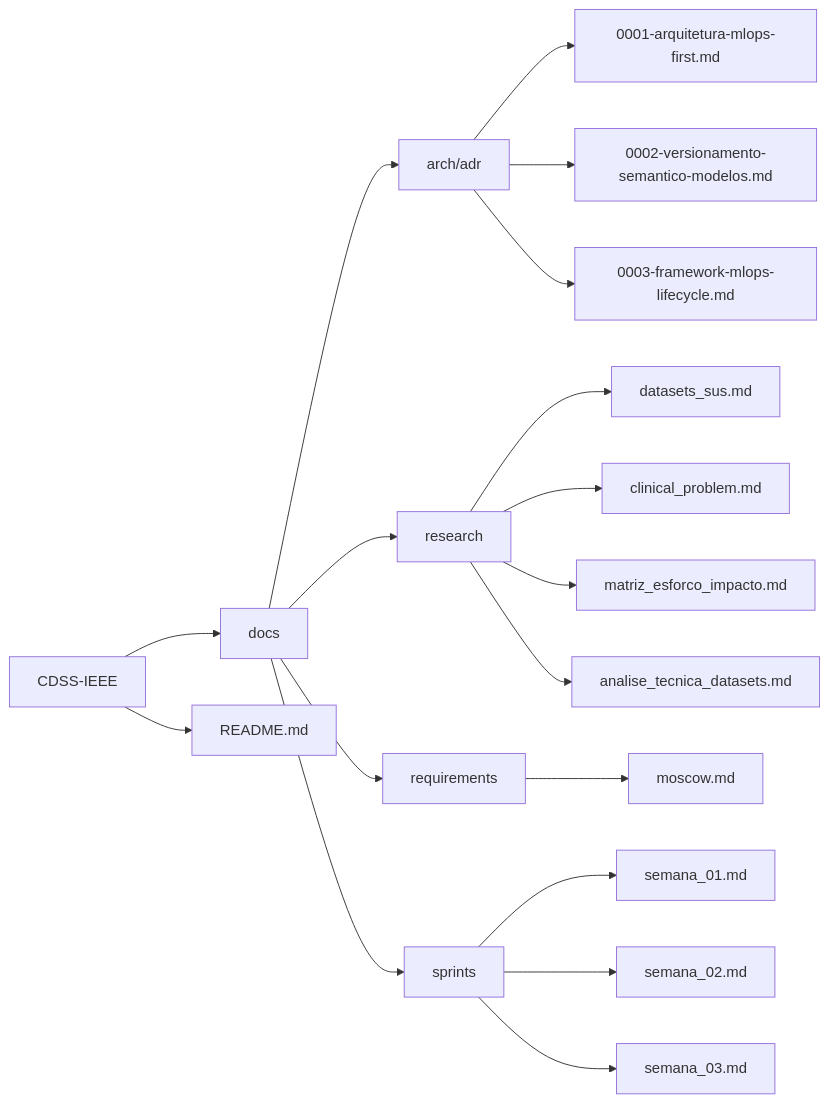
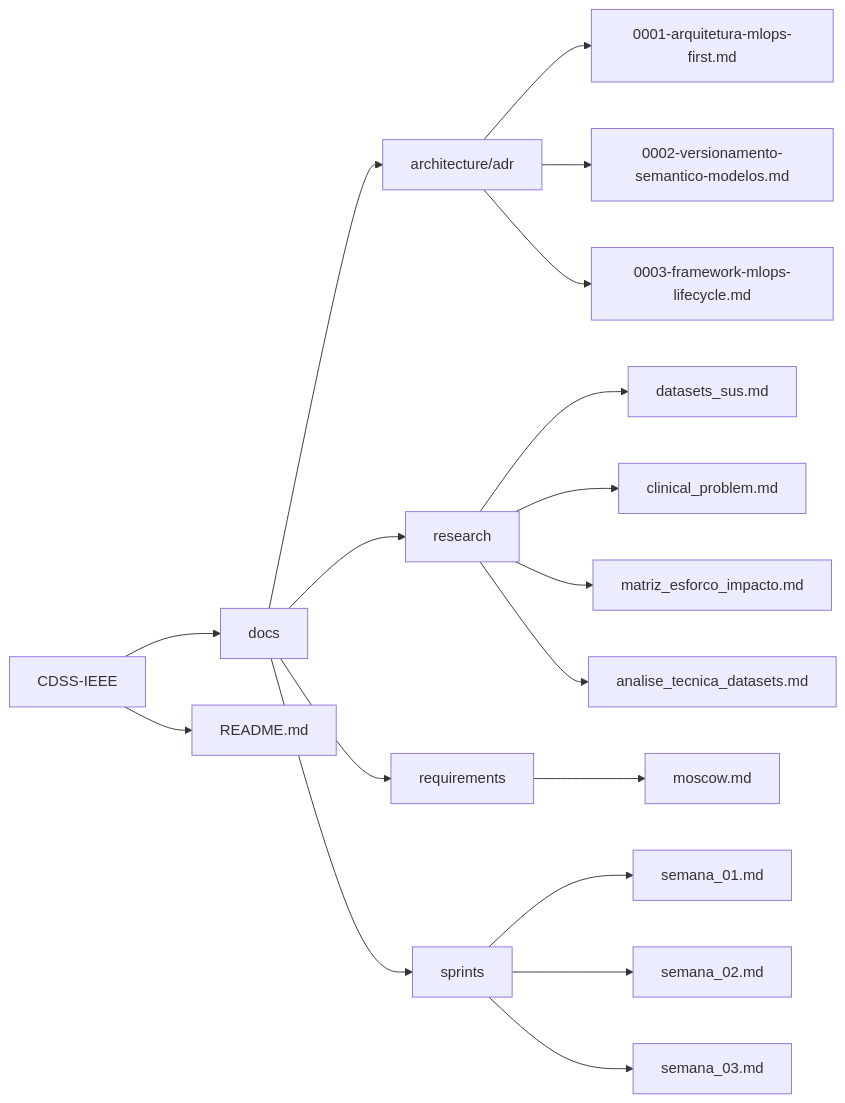
Before and after one commit to ArtyMend07/CDSS-IEEE: the diagram in README.md, drawn with Mermaid.

Commit message:
docs: corrige caminho do adr no readme

````diff
--- a/README.md
+++ b/README.md
@@ -11,24 +11,24 @@
 ```mermaid
 graph LR
     A[CDSS-IEEE] --> B[docs]
     A --> C[README.md]
-    B --> D[arch/adr]
+    B --> D[architecture/adr]
     B --> E[research]
     B --> F[requirements]
     B --> G[sprints]
     
     D --> D1["0001-arquitetura-mlops-first.md"]
     D --> D2["0002-versionamento-semantico-modelos.md"]
     D --> D3["0003-framework-mlops-lifecycle.md"]
     
     E --> E1["datasets_sus.md"]
     E --> E2["clinical_problem.md"]
     E --> E3["matriz_esforco_impacto.md"]
     E --> E4["analise_tecnica_datasets.md"]
     
     F --> F1["moscow.md"]
     
     G --> G1["semana_01.md"]
     G --> G2["semana_02.md"]
     G --> G3["semana_03.md"]
 ```
````
